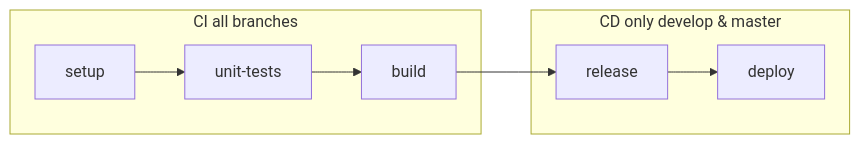
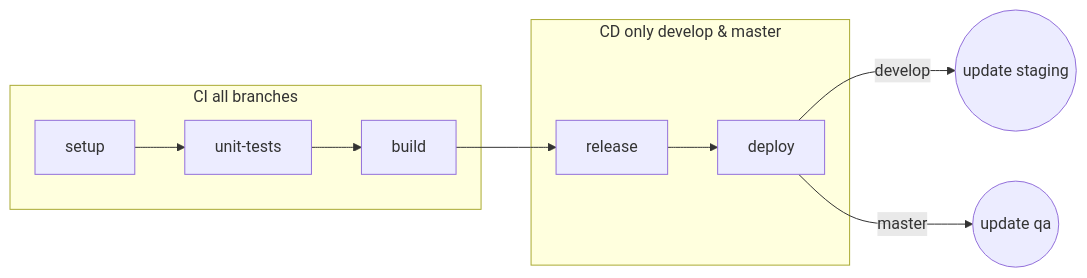
Before and after one commit to mmiranda222/.statsuite: the second of 4 diagrams in MANIFEST.md, drawn with Mermaid. The commit also changed other lines of this file, not shown here.

````diff
--- a/MANIFEST.md
+++ b/MANIFEST.md
@@ -43,11 +44,13 @@
 ```mermaid
 graph LR
     subgraph CI all branches
     setup --> unit-tests
     unit-tests --> build
     end
     subgraph CD only develop & master
     build --> release
     release --> deploy
     end
+    deploy -->|develop| id1((update staging))
+    deploy -->|master| id2((update qa))
 ```
````
